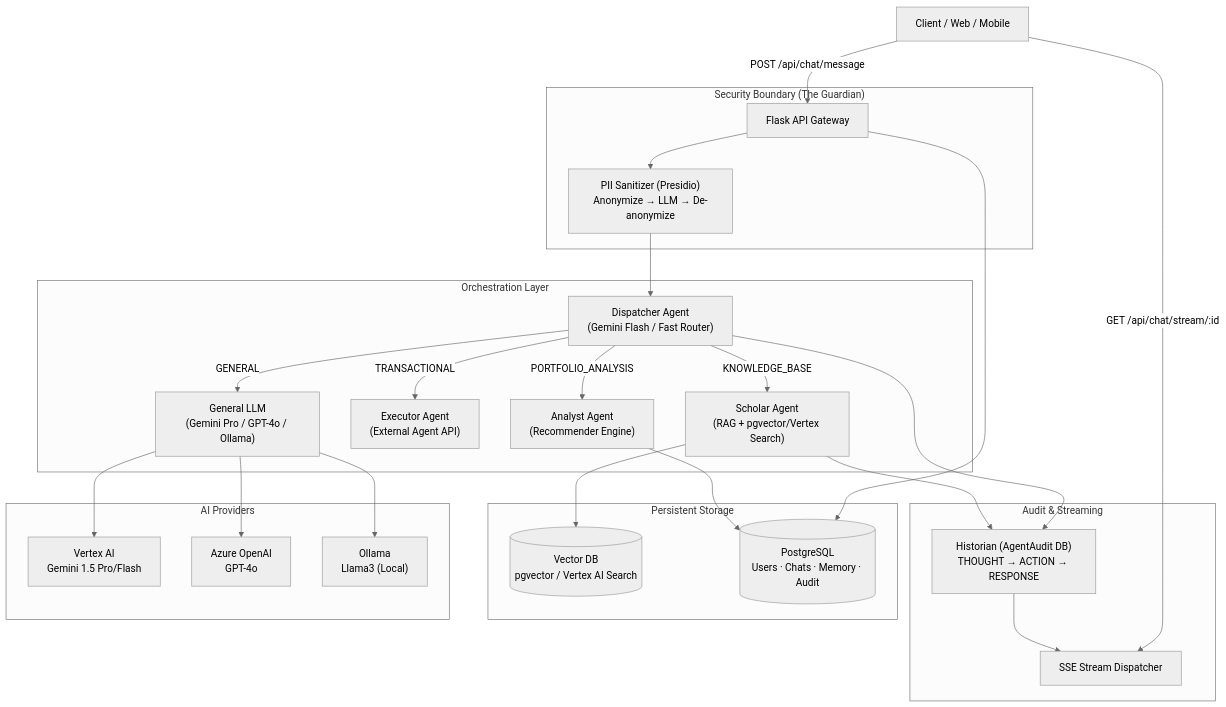
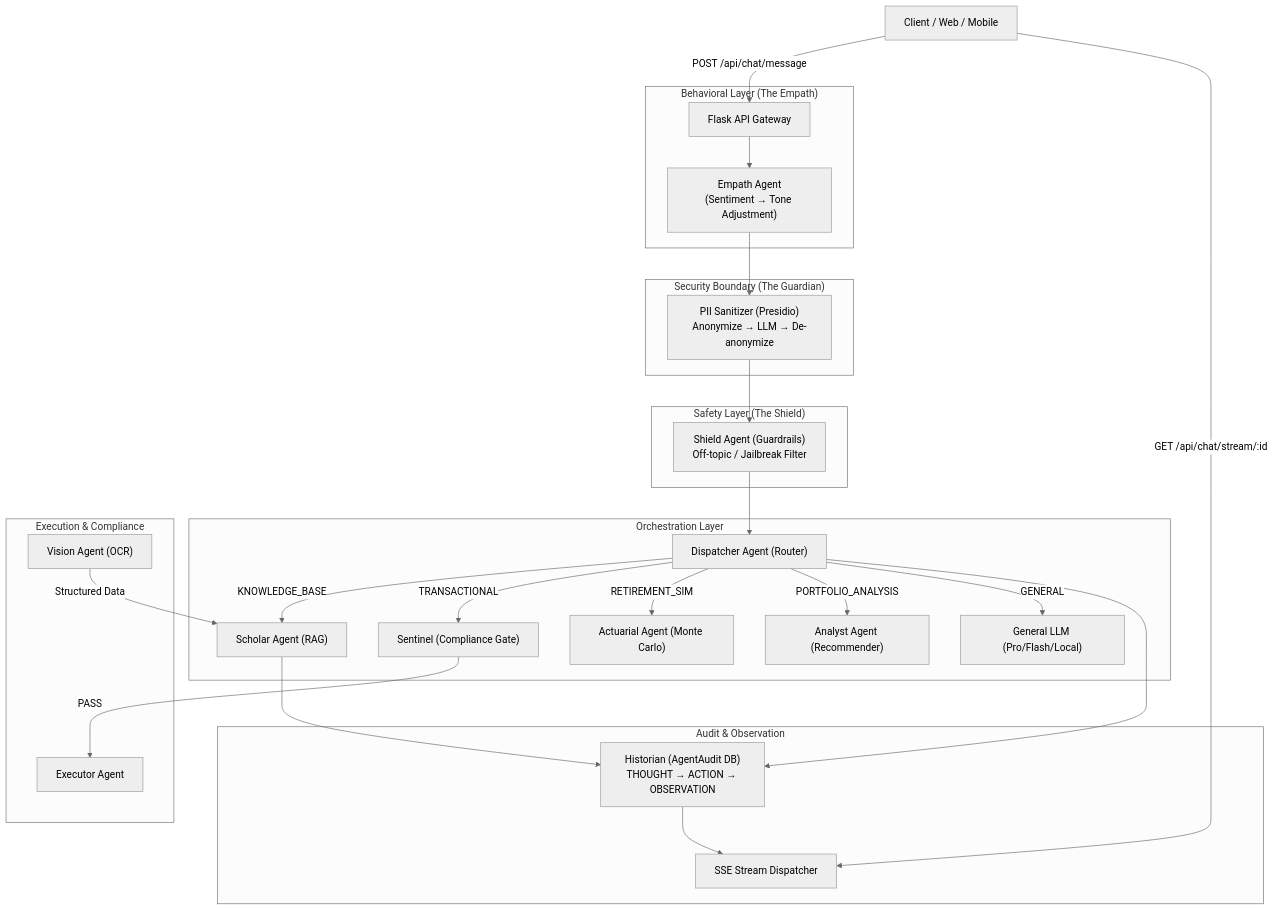
Before and after one commit to sumitsr/retireiq: the first of 2 diagrams in docs/architecture.md, drawn with Mermaid (neutral theme). The commit also changed other lines of this file and 26 other files, not shown here.

Commit message:
feat: implement agentic ecosystem with guardrails, PII hardening, and comprehensive security documentation

````diff
--- a/docs/architecture.md
+++ b/docs/architecture.md
@@ -9,35 +11,37 @@
 ```mermaid
 graph TD
     Client["Client / Web / Mobile"] -->|POST /api/chat/message| API["Flask API Gateway"]
     Client -->|GET /api/chat/stream/:id| SSE["SSE Stream Dispatcher"]
 
+    subgraph "Behavioral Layer (The Empath)"
+        API --> Empath["Empath Agent\n(Sentiment → Tone Adjustment)"]
+    end
+
     subgraph "Security Boundary (The Guardian)"
-        API --> PII["PII Sanitizer (Presidio)\nAnonymize → LLM → De-anonymize"]
+        Empath --> PII["PII Sanitizer (Presidio)\nAnonymize → LLM → De-anonymize"]
+    end
+
+    subgraph "Safety Layer (The Shield)"
+        PII --> Shield["Shield Agent (Guardrails)\nOff-topic / Jailbreak Filter"]
     end
 
     subgraph "Orchestration Layer"
-        PII --> Dispatcher["Dispatcher Agent\n(Gemini Flash / Fast Router)"]
-        Dispatcher -->|KNOWLEDGE_BASE| Scholar["Scholar Agent\n(RAG + pgvector/Vertex Search)"]
-        Dispatcher -->|TRANSACTIONAL| Executor["Executor Agent\n(External Agent API)"]
-        Dispatcher -->|PORTFOLIO_ANALYSIS| Analyst["Analyst Agent\n(Recommender Engine)"]
-        Dispatcher -->|GENERAL| Fallback["General LLM\n(Gemini Pro / GPT-4o / Ollama)"]
+        Shield --> Dispatcher["Dispatcher Agent (Router)"]
+        Dispatcher -->|KNOWLEDGE_BASE| Scholar["Scholar Agent (RAG)"]
+        Dispatcher -->|TRANSACTIONAL| Sentinel["Sentinel (Compliance Gate)"]
+        Dispatcher -->|RETIREMENT_SIM| Actuarial["Actuarial Agent (Monte Carlo)"]
+        Dispatcher -->|PORTFOLIO_ANALYSIS| Analyst["Analyst Agent (Recommender)"]
+        Dispatcher -->|GENERAL| Fallback["General LLM (Pro/Flash/Local)"]
     end
 
-    subgraph "Audit & Streaming"
-        Dispatcher --> Historian["Historian (AgentAudit DB)\nTHOUGHT → ACTION → RESPONSE"]
+    subgraph "Execution & Compliance"
+        Sentinel -->|PASS| Executor["Executor Agent"]
+        Vision["Vision Agent (OCR)"] -->|Structured Data| Scholar
+    end
+
+    subgraph "Audit & Observation"
+        Dispatcher --> Historian["Historian (AgentAudit DB)\nTHOUGHT → ACTION → OBSERVATION"]
         Scholar --> Historian
         Historian --> SSE
     end
-
-    subgraph "Persistent Storage"
-        Scholar --> VDB[("Vector DB\npgvector / Vertex AI Search")]
-        API --> DB[("PostgreSQL\nUsers · Chats · Memory · Audit")]
-        Analyst --> DB
-    end
-
-    subgraph "AI Providers"
-        Fallback --> Vertex["Vertex AI\nGemini 1.5 Pro/Flash"]
-        Fallback --> Azure["Azure OpenAI\nGPT-4o"]
-        Fallback --> Ollama["Ollama\nLlama3 (Local)"]
-    end
 ```
````
